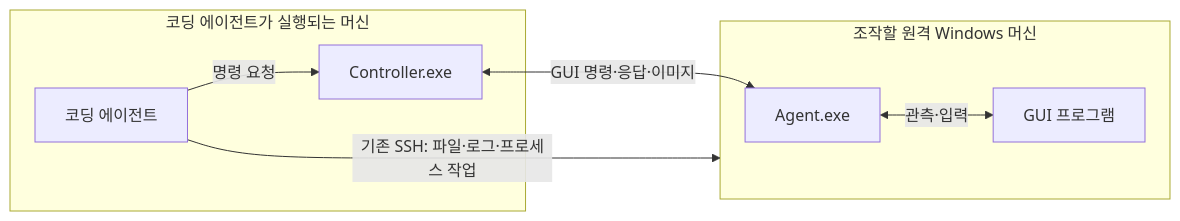
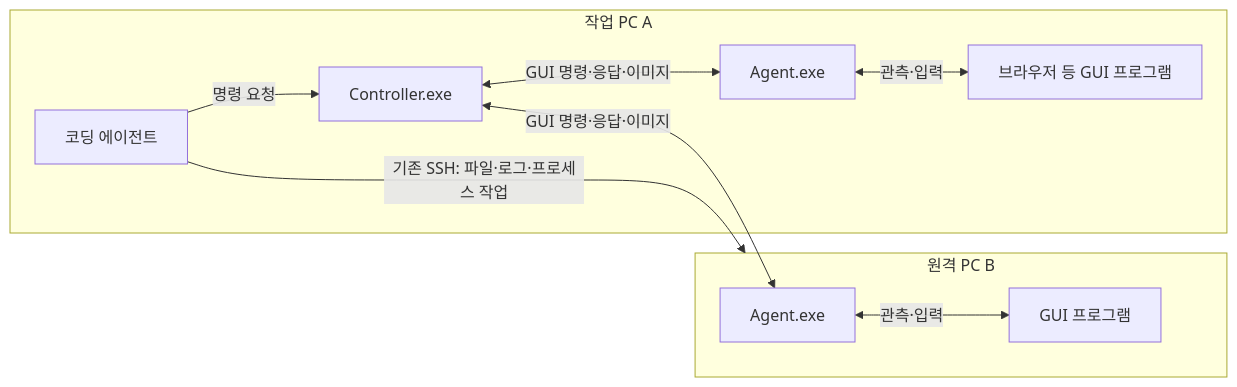
Before and after one commit to jacking75/DesktopTestDriver: the diagram in README.md, drawn with Mermaid. The commit also changed other lines of this file and 122 other files, not shown here.

Commit message:
GUI 명령 기반 Controller와 Agent 구현 및 실제 PC 검증 완료

````diff
--- a/README.md
+++ b/README.md
@@ -36,11 +72,13 @@
 ```mermaid
 flowchart LR
-    subgraph L[코딩 에이전트가 실행되는 머신]
+    subgraph L[작업 PC A]
         A[코딩 에이전트] -->|명령 요청| C[Controller.exe]
+        GA[Agent.exe] <-->|관측·입력| PA[브라우저 등 GUI 프로그램]
+        C <-->|GUI 명령·응답·이미지| GA
     end
-    subgraph R[조작할 원격 Windows 머신]
+    subgraph R[원격 PC B]
         G[Agent.exe] <-->|관측·입력| P[GUI 프로그램]
     end
     C <-->|GUI 명령·응답·이미지| G
     A -->|기존 SSH: 파일·로그·프로세스 작업| R
 ```
````
